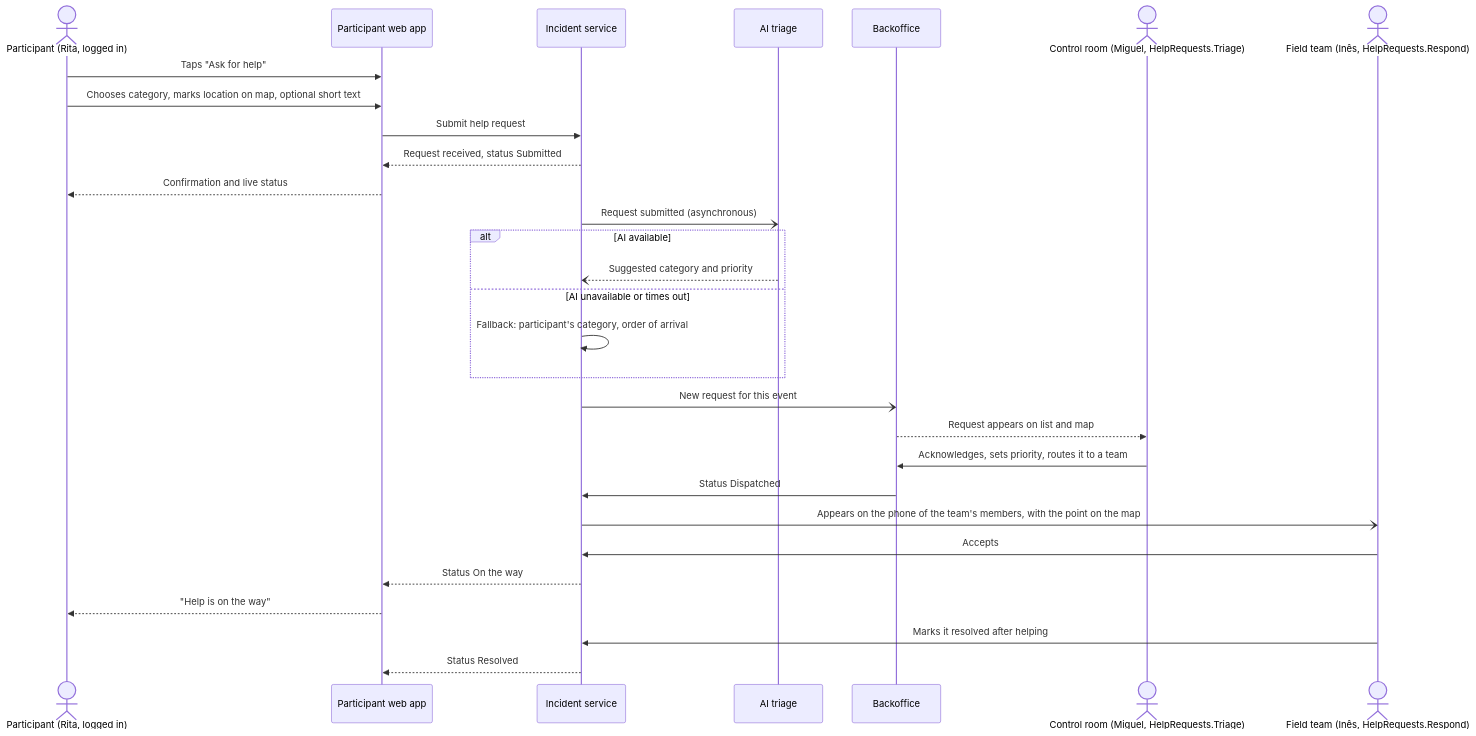
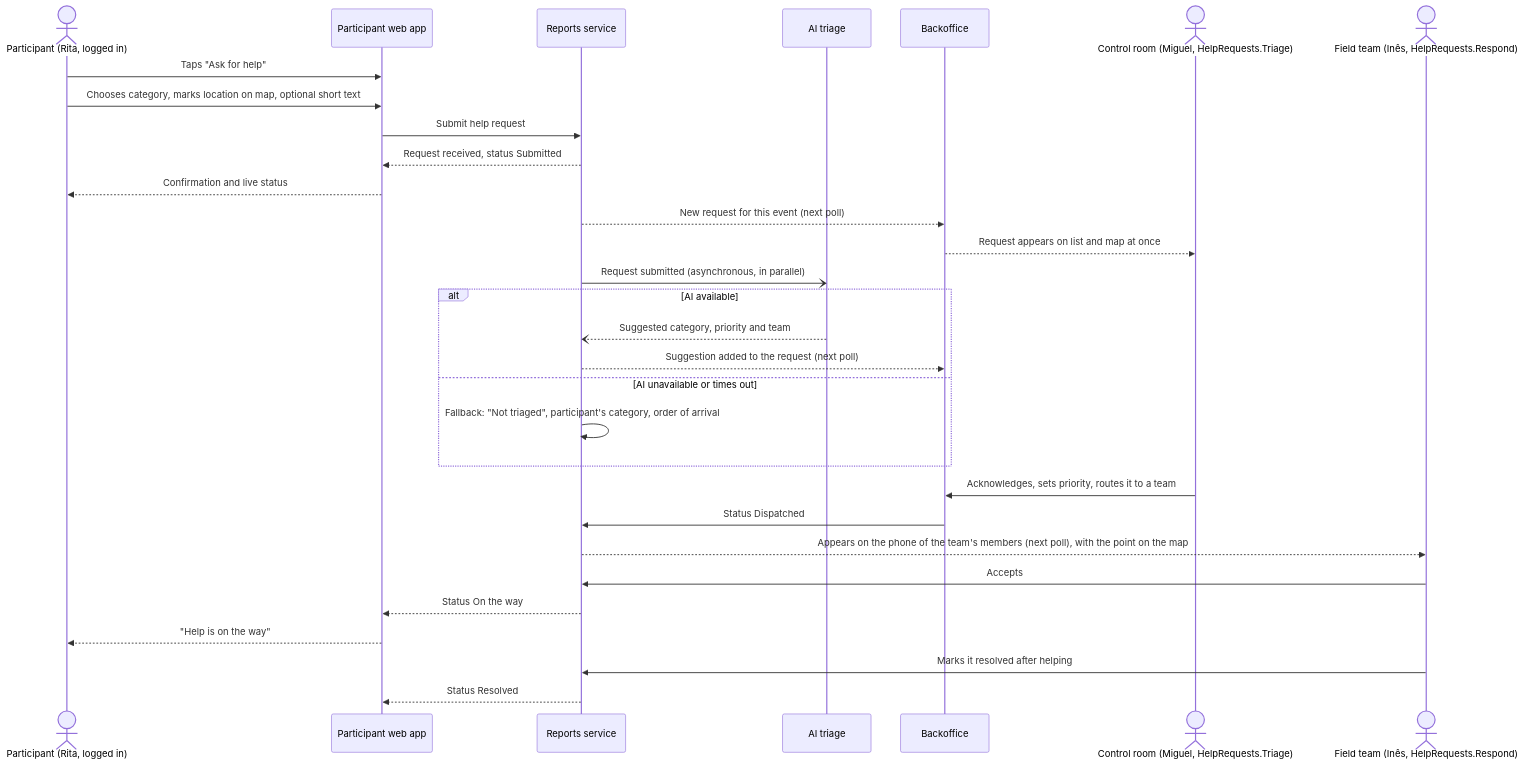
One commit to tomasoliveira21/LABDSOF changed the second of 8 diagrams in Docs/Product/user-workflows.md. Above: the diagram before and after it, drawn with Mermaid. The commit also changed other lines of this file and 77 other files, not shown here.

````diff
--- a/Docs/Product/user-workflows.md
+++ b/Docs/Product/user-workflows.md
@@ -72,32 +73,33 @@
 ```mermaid
 sequenceDiagram
     actor P as Participant (Rita, logged in)
     participant App as Participant web app
-    participant Inc as Incident service
+    participant Inc as Reports service
     participant AI as AI triage
     participant BO as Backoffice
     actor O as Control room (Miguel, HelpRequests.Triage)
     actor R as Field team (Inês, HelpRequests.Respond)
 
     P->>App: Taps "Ask for help"
     P->>App: Chooses category, marks location on map, optional short text
     App->>Inc: Submit help request
     Inc-->>App: Request received, status Submitted
     App-->>P: Confirmation and live status
-    Inc-)AI: Request submitted (asynchronous)
+    Inc-->>BO: New request for this event (next poll)
+    BO-->>O: Request appears on list and map at once
+    Inc-)AI: Request submitted (asynchronous, in parallel)
     alt AI available
-        AI--)Inc: Suggested category and priority
+        AI--)Inc: Suggested category, priority and team
+        Inc-->>BO: Suggestion added to the request (next poll)
     else AI unavailable or times out
-        Inc->>Inc: Fallback: participant's category, order of arrival
+        Inc->>Inc: Fallback: "Not triaged", participant's category, order of arrival
     end
-    Inc-)BO: New request for this event
-    BO-->>O: Request appears on list and map
     O->>BO: Acknowledges, sets priority, routes it to a team
     BO->>Inc: Status Dispatched
-    Inc-)R: Appears on the phone of the team's members, with the point on the map
+    Inc-->>R: Appears on the phone of the team's members (next poll), with the point on the map
     R->>Inc: Accepts
     Inc-->>App: Status On the way
     App-->>P: "Help is on the way"
     R->>Inc: Marks it resolved after helping
     Inc-->>App: Status Resolved
 ```
````
